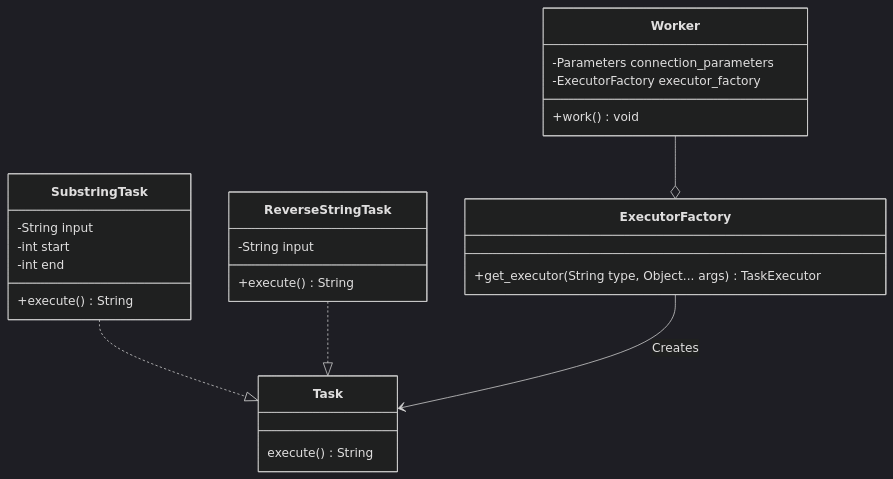
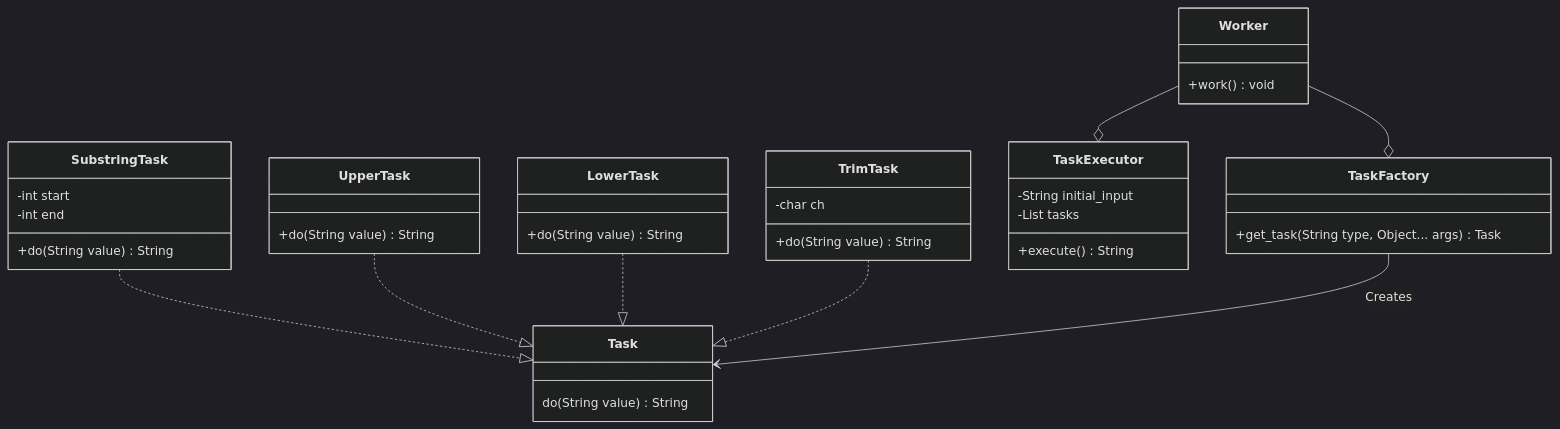
Before and after one commit to SamyBP/StringProcessingApplication: the first of 2 diagrams in class.diagram.md, drawn with Mermaid (dark theme). The commit also changed other lines of this file, not shown here.

Commit message:
updated class diagram

````diff
--- a/class.diagram.md
+++ b/class.diagram.md
@@ -3,36 +3,53 @@
 ```mermaid
 classDiagram
     class Worker {
-        -Parameters connection_parameters
-        -ExecutorFactory executor_factory
-        
         +work() void
     }
     
     class Task {
-        execute() String
+        do(String value) String
     }
     
-    class ReverseStringTask {
-        -String input
+    class SubstringTask {
+        -int start
+        -int end
+        
+        +do(String value) String
+    }
+    
+    class UpperTask {
+        
+        +do(String value) String
+    }
+    
+    class LowerTask {
+        
+        +do(String value) String
+    }
+    
+    class TrimTask {
+        -char ch
+        
+        +do(String value) String
+    }
+    
+    class TaskExecutor {
+        -String initial_input
+        -List<Task> tasks
         
         +execute() String
     }
     
-    class SubstringTask {
-        -String input
-        -int start
-        -int end
-        
-        +execute() String
+    class TaskFactory {
+        +get_task(String type, Object... args) Task
     }
     
-    class ExecutorFactory {
-        +get_executor(String type, Object... args) TaskExecutor
-    }
     
     SubstringTask ..|> Task
-    ReverseStringTask ..|> Task
-    Worker --o ExecutorFactory
-    ExecutorFactory --> Task : Creates
+    UpperTask ..|> Task
+    LowerTask ..|> Task
+    TrimTask ..|> Task
+    Worker --o TaskFactory
+    Worker --o TaskExecutor
+    TaskFactory --> Task : Creates
 ```
````
